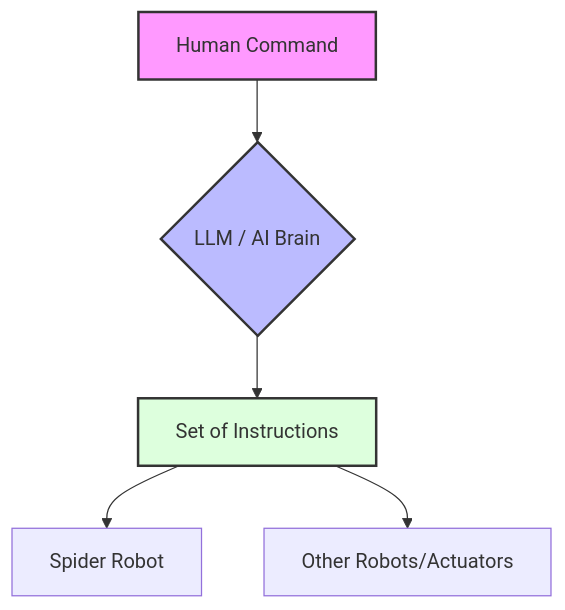
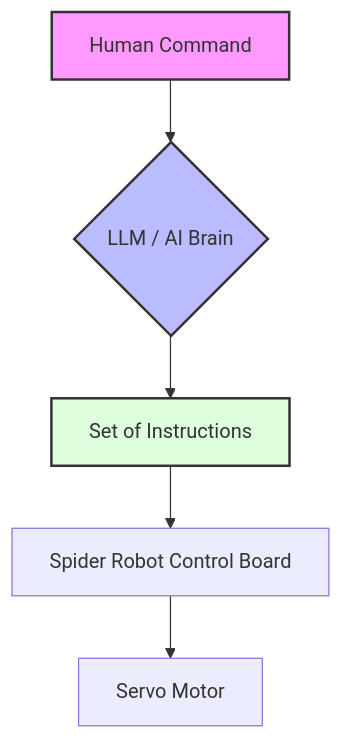
Before and after one commit to JoeChan852852/Spider_bot: the diagram in README.md, drawn with Mermaid.

````diff
--- a/README.md
+++ b/README.md
@@ -6,11 +6,11 @@
 ```mermaid
 flowchart TD
     A[Human Command] --> B{LLM / AI Brain}
     B --> C[Set of Instructions]
-    C --> D[Spider Robot]
-    C --> E[Other Robots/Actuators]
+    C --> D[Spider Robot Control Board]
+    D --> E[Servo Motor]
     
     style A fill:#f9f,stroke:#333,stroke-width:2px
     style B fill:#bbf,stroke:#333,stroke-width:2px
     style C fill:#dfd,stroke:#333,stroke-width:2px
 ```
````
